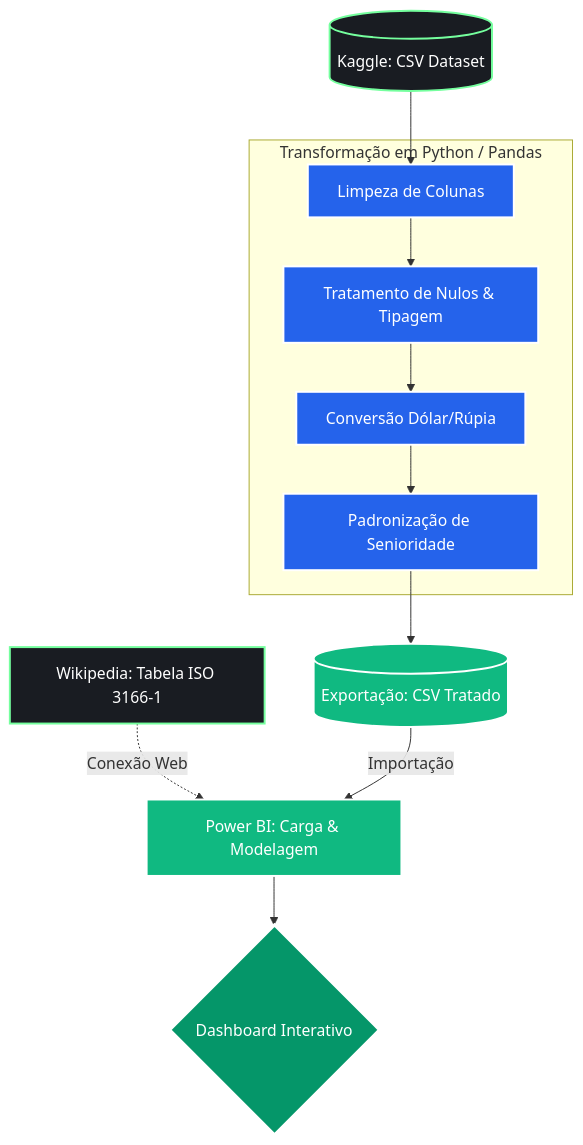
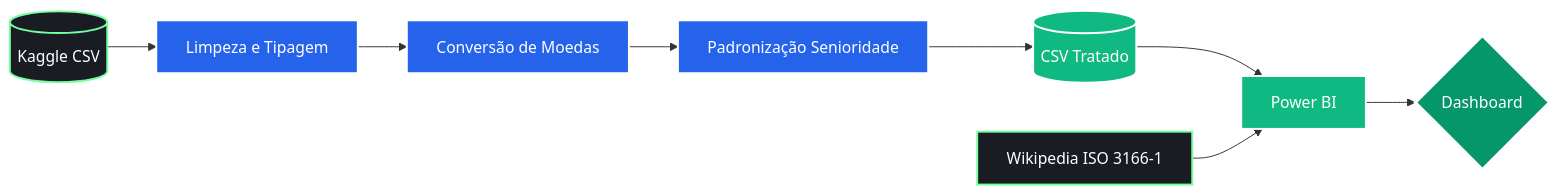
The diagram in README.md (william-costa-analista/Tratamento-de-Dados-de-Salarios-em-Data-Science), drawn with Mermaid before and after one commit.

Commit message:
Revise data flow diagram in README
Updated the data flow diagram in the README to reflect changes in data sources and transformations.

````diff
--- a/README.md
+++ b/README.md
@@ -23,36 +23,33 @@
 ```mermaid
-graph TD
+graph LR
     %% Estilização
     classDef source fill:#191c22,stroke:#75ff9e,stroke-width:2px,color:#fff;
     classDef transform fill:#2563eb,stroke:#fff,stroke-width:2px,color:#fff;
     classDef load fill:#10b981,stroke:#fff,stroke-width:2px,color:#fff;
     classDef dashboard fill:#059669,stroke:#fff,stroke-width:3px,color:#fff;
 
-    %% Fontes de Dados
-    A[(Kaggle: CSV Dataset)]:::source
-    B[Wikipedia: Tabela ISO 3166-1]:::source
+    %% Nodes
+    A[(Kaggle CSV)]:::source
+    B[Wikipedia ISO 3166-1]:::source
+    
+    C[Limpeza e Tipagem]:::transform
+    D[Conversão de Moedas]:::transform
+    E[Padronização Senioridade]:::transform
+    
+    G[(CSV Tratado)]:::load
+    H[Power BI]:::load
+    I{Dashboard}:::dashboard
 
-    %% Transformação em Python
-    subgraph Python [Transformação em Python / Pandas]
-        C[Limpeza de Colunas]:::transform
-        D[Tratamento de Nulos & Tipagem]:::transform
-        E[Conversão Dólar/Rúpia]:::transform
-        F[Padronização de Senioridade]:::transform
-    end
-
-    %% Integração e BI
-    G[(Exportação: CSV Tratado)]:::load
-    H[Power BI: Carga & Modelagem]:::load
-    I{Dashboard Interativo}:::dashboard
-
-    %% Conexões
+    %% Fluxo Principal
     A --> C
     C --> D
     D --> E
-    E --> F
-    F --> G
+    E --> G
     
-    B -.->|Conexão Web| H
-    G -->|Importação| H
+    %% Carga no BI
+    G --> H
+    B --> H
+    
+    %% Final
     H --> I
 ```
````
